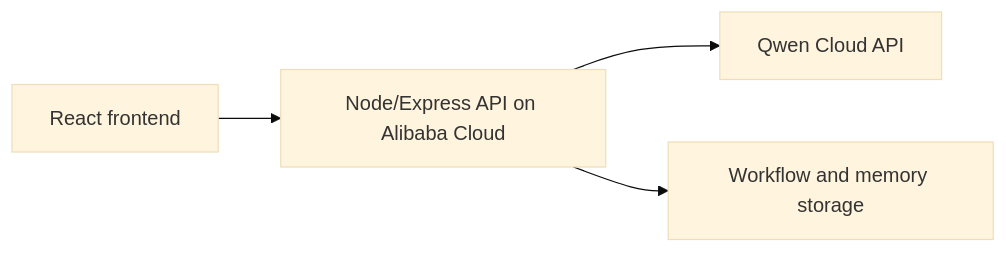
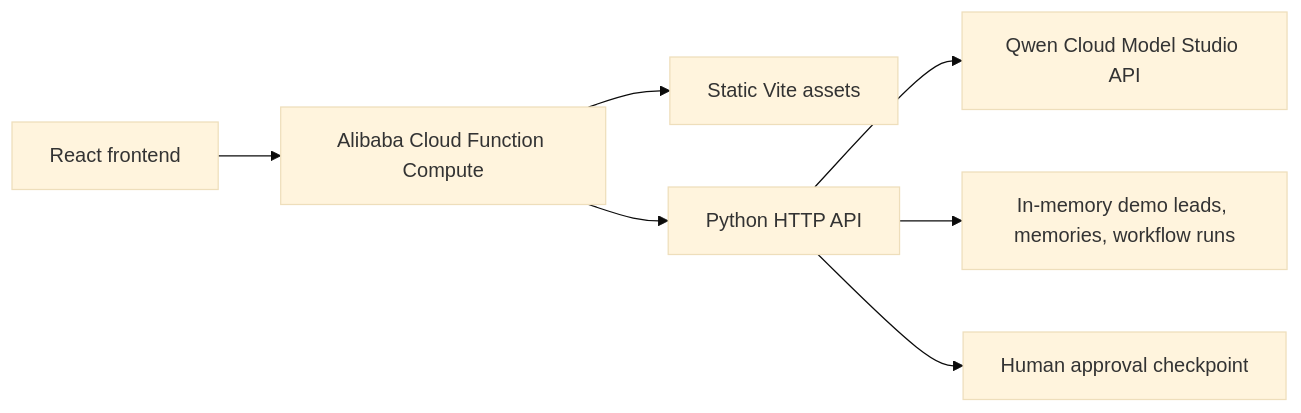
The diagram in DEPLOYMENT.md (dcontessa/funnelops-autopilot), drawn with Mermaid (base theme) before and after one commit. The commit also changed other lines of this file and 4 other files, not shown here.

Commit message:
deploy Function Compute backend

````diff
--- a/DEPLOYMENT.md
+++ b/DEPLOYMENT.md
@@ -20,6 +52,9 @@
 ```mermaid
 flowchart LR
-  Browser[React frontend] --> Backend[Node/Express API on Alibaba Cloud]
-  Backend --> Qwen[Qwen Cloud API]
-  Backend --> Store[Workflow and memory storage]
+  Browser[React frontend] --> FC[Alibaba Cloud Function Compute]
+  FC --> Static[Static Vite assets]
+  FC --> API[Python HTTP API]
+  API --> Qwen[Qwen Cloud Model Studio API]
+  API --> Memory[In-memory demo leads, memories, workflow runs]
+  API --> Approval[Human approval checkpoint]
 ```
````
